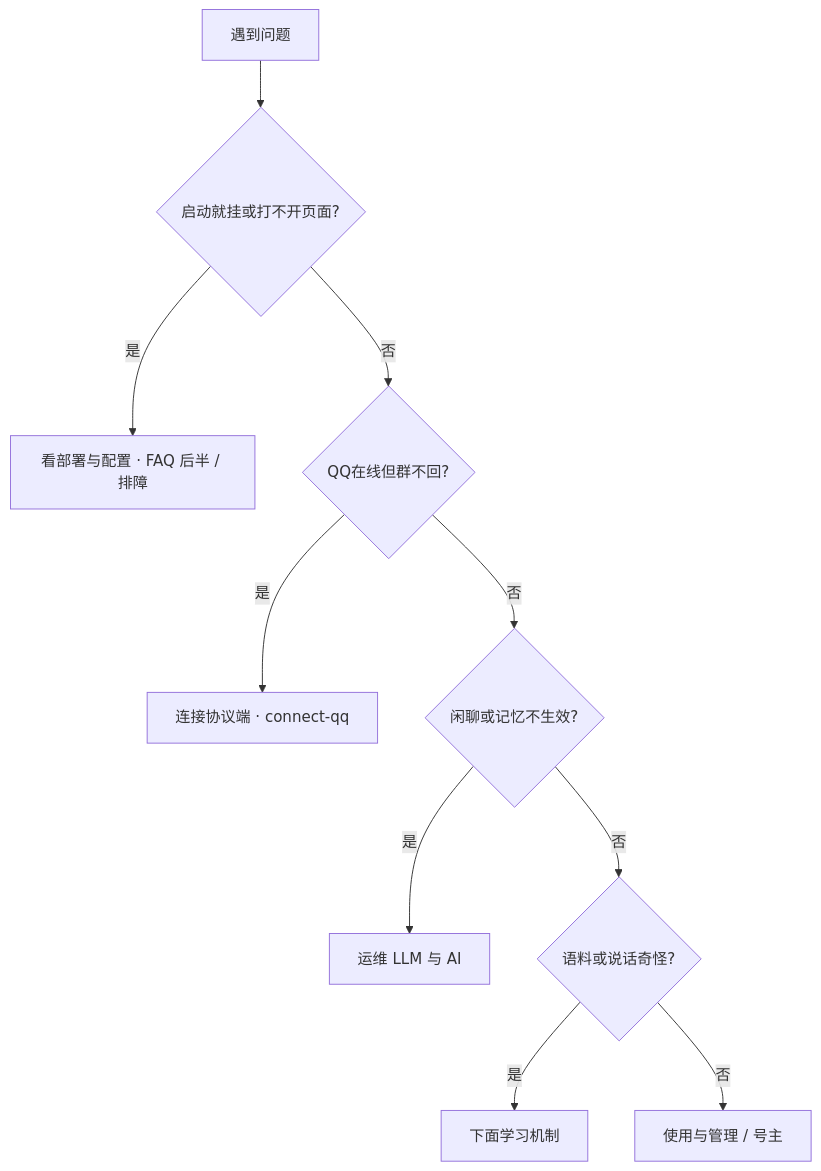
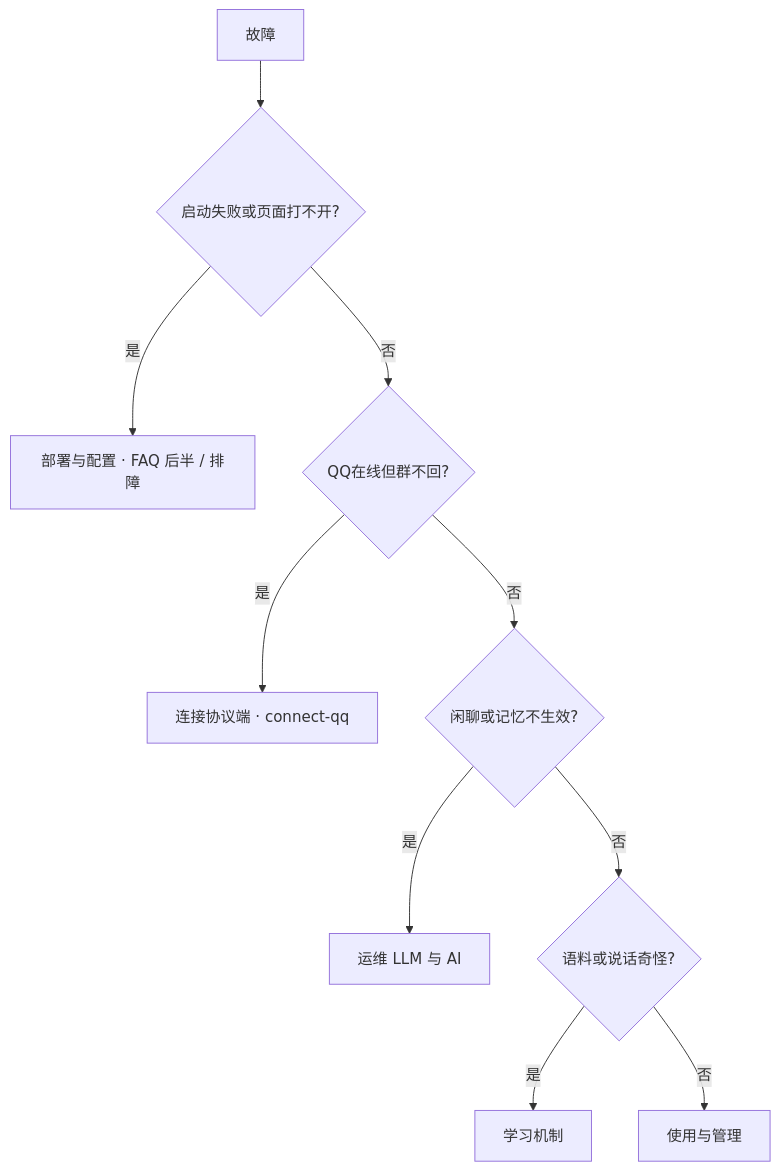
One commit to PallasBot/Pallas-Bot-Docs changed the diagram in src/deploy/faq.md. Above: the diagram before and after it, drawn with Mermaid. The commit also changed other lines of this file and 132 other files, not shown here.

````diff
--- a/src/deploy/faq.md
+++ b/src/deploy/faq.md
@@ -8,12 +7,12 @@
 ```mermaid
 flowchart TD
-  Start[遇到问题] --> Boot{启动就挂或打不开页面?}
-  Boot -->|是| Dep[看部署与配置 · FAQ 后半 / 排障]
+  Start[故障] --> Boot{启动失败或页面打不开?}
+  Boot -->|是| Dep[部署与配置 · FAQ 后半 / 排障]
   Boot -->|否| QQ{QQ在线但群不回?}
   QQ -->|是| Proto[连接协议端 · connect-qq]
   QQ -->|否| AI{闲聊或记忆不生效?}
   AI -->|是| Llm[运维 LLM 与 AI]
   AI -->|否| Learn{语料或说话奇怪?}
-  Learn -->|是| LearnSec[下面学习机制]
-  Learn -->|否| Admin[使用与管理 / 号主]
+  Learn -->|是| LearnSec[学习机制]
+  Learn -->|否| Admin[使用与管理]
 ```
````
